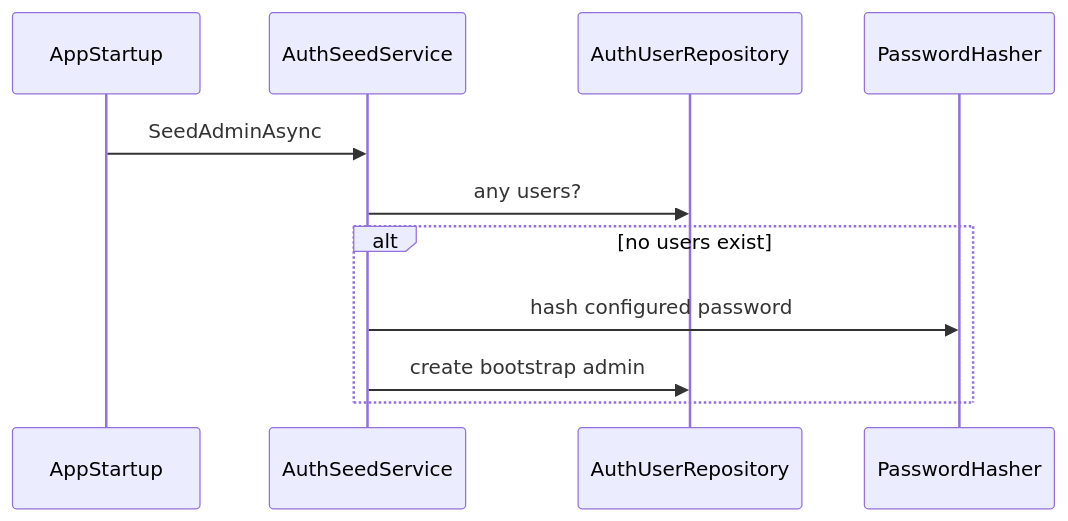
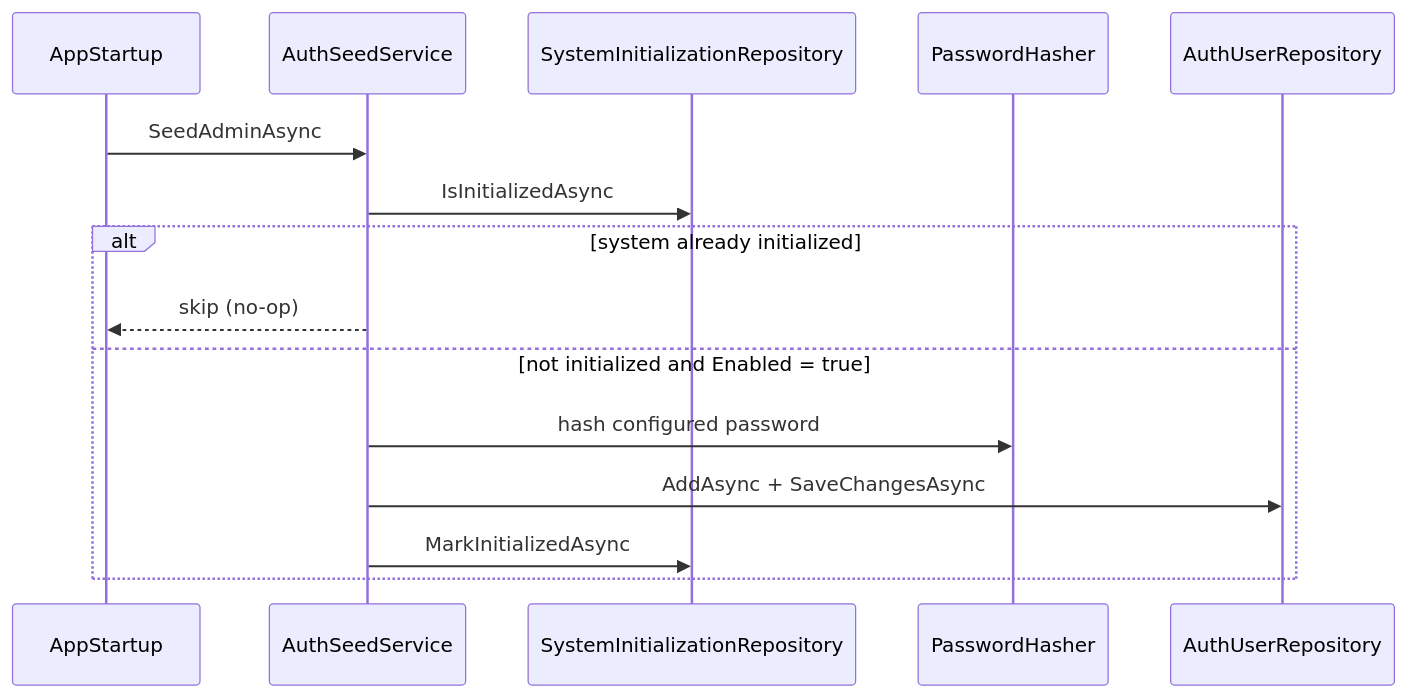
Before and after one commit to juangcarmona/domusmind: the fourth of 4 diagrams in docs/09_security/security.md, drawn with Mermaid. The commit also changed other lines of this file and 36 other files, not shown here.

First line of the commit message:
feat(setup): implement system initialization and setup API

````diff
--- a/docs/09_security/security.md
+++ b/docs/09_security/security.md
@@ -202,9 +258,12 @@
 ```mermaid
 sequenceDiagram
 AppStartup->>AuthSeedService: SeedAdminAsync
-AuthSeedService->>AuthUserRepository: any users?
-alt no users exist
+AuthSeedService->>SystemInitializationRepository: IsInitializedAsync
+alt system already initialized
+    AuthSeedService-->>AppStartup: skip (no-op)
+else not initialized and Enabled = true
     AuthSeedService->>PasswordHasher: hash configured password
-    AuthSeedService->>AuthUserRepository: create bootstrap admin
+    AuthSeedService->>AuthUserRepository: AddAsync + SaveChangesAsync
+    AuthSeedService->>SystemInitializationRepository: MarkInitializedAsync
 end
 ```
````
